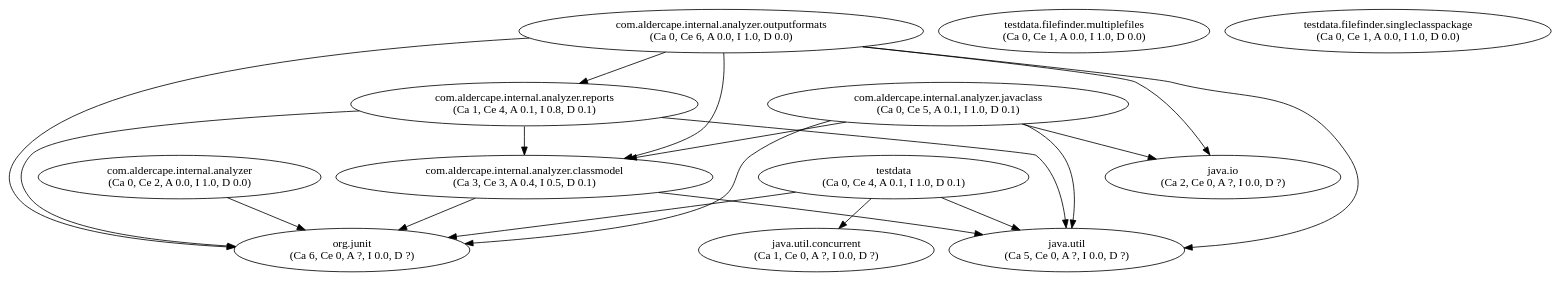
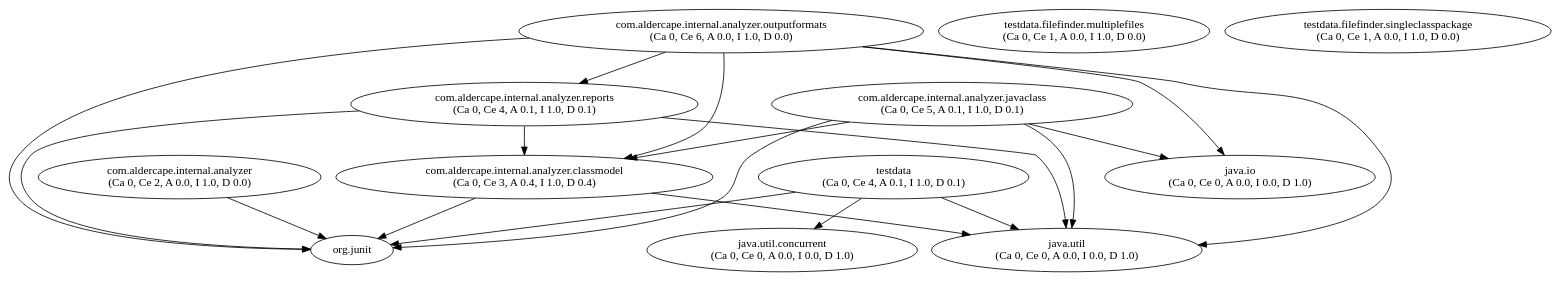
One commit to AlderCape/Analyzer changed the diagram in project.dot. Above: the diagram before and after it, drawn with Graphviz. The commit also changed 4 other files, not shown here.

```diff
--- a/project.dot
+++ b/project.dot
@@ -1,32 +1,31 @@
 digraph G {
 "com.aldercape.internal.analyzer" [label="com.aldercape.internal.analyzer\n(Ca 0, Ce 2, A 0.0, I 1.0, D 0.0)"];
-"com.aldercape.internal.analyzer.classmodel" [label="com.aldercape.internal.analyzer.classmodel\n(Ca 3, Ce 3, A 0.4, I 0.5, D 0.1)"];
+"com.aldercape.internal.analyzer.classmodel" [label="com.aldercape.internal.analyzer.classmodel\n(Ca 0, Ce 3, A 0.4, I 1.0, D 0.4)"];
 "com.aldercape.internal.analyzer.javaclass" [label="com.aldercape.internal.analyzer.javaclass\n(Ca 0, Ce 5, A 0.1, I 1.0, D 0.1)"];
 "com.aldercape.internal.analyzer.outputformats" [label="com.aldercape.internal.analyzer.outputformats\n(Ca 0, Ce 6, A 0.0, I 1.0, D 0.0)"];
-"com.aldercape.internal.analyzer.reports" [label="com.aldercape.internal.analyzer.reports\n(Ca 1, Ce 4, A 0.1, I 0.8, D 0.1)"];
-"java.io" [label="java.io\n(Ca 2, Ce 0, A ?, I 0.0, D ?)"];
-"java.util" [label="java.util\n(Ca 5, Ce 0, A ?, I 0.0, D ?)"];
-"java.util.concurrent" [label="java.util.concurrent\n(Ca 1, Ce 0, A ?, I 0.0, D ?)"];
-"org.junit" [label="org.junit\n(Ca 6, Ce 0, A ?, I 0.0, D ?)"];
+"com.aldercape.internal.analyzer.reports" [label="com.aldercape.internal.analyzer.reports\n(Ca 0, Ce 4, A 0.1, I 1.0, D 0.1)"];
+"java.io" [label="java.io\n(Ca 0, Ce 0, A 0.0, I 0.0, D 1.0)"];
+"java.util" [label="java.util\n(Ca 0, Ce 0, A 0.0, I 0.0, D 1.0)"];
+"java.util.concurrent" [label="java.util.concurrent\n(Ca 0, Ce 0, A 0.0, I 0.0, D 1.0)"];
 "testdata" [label="testdata\n(Ca 0, Ce 4, A 0.1, I 1.0, D 0.1)"];
 "testdata.filefinder.multiplefiles" [label="testdata.filefinder.multiplefiles\n(Ca 0, Ce 1, A 0.0, I 1.0, D 0.0)"];
 "testdata.filefinder.singleclasspackage" [label="testdata.filefinder.singleclasspackage\n(Ca 0, Ce 1, A 0.0, I 1.0, D 0.0)"];
 "com.aldercape.internal.analyzer" -> "org.junit";
 "com.aldercape.internal.analyzer.classmodel" -> "java.util";
 "com.aldercape.internal.analyzer.classmodel" -> "org.junit";
 "com.aldercape.internal.analyzer.javaclass" -> "com.aldercape.internal.analyzer.classmodel";
 "com.aldercape.internal.analyzer.javaclass" -> "java.io";
 "com.aldercape.internal.analyzer.javaclass" -> "java.util";
 "com.aldercape.internal.analyzer.javaclass" -> "org.junit";
 "com.aldercape.internal.analyzer.outputformats" -> "com.aldercape.internal.analyzer.classmodel";
 "com.aldercape.internal.analyzer.outputformats" -> "com.aldercape.internal.analyzer.reports";
 "com.aldercape.internal.analyzer.outputformats" -> "java.io";
 "com.aldercape.internal.analyzer.outputformats" -> "java.util";
 "com.aldercape.internal.analyzer.outputformats" -> "org.junit";
 "com.aldercape.internal.analyzer.reports" -> "com.aldercape.internal.analyzer.classmodel";
 "com.aldercape.internal.analyzer.reports" -> "java.util";
 "com.aldercape.internal.analyzer.reports" -> "org.junit";
 "testdata" -> "java.util";
 "testdata" -> "java.util.concurrent";
 "testdata" -> "org.junit";
 }
```
